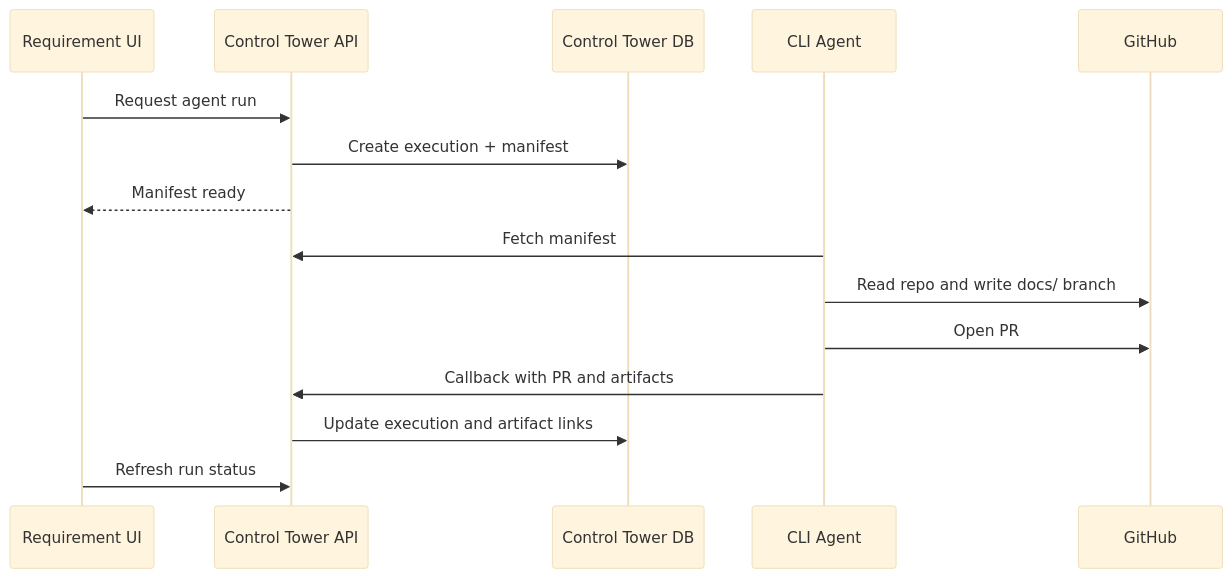
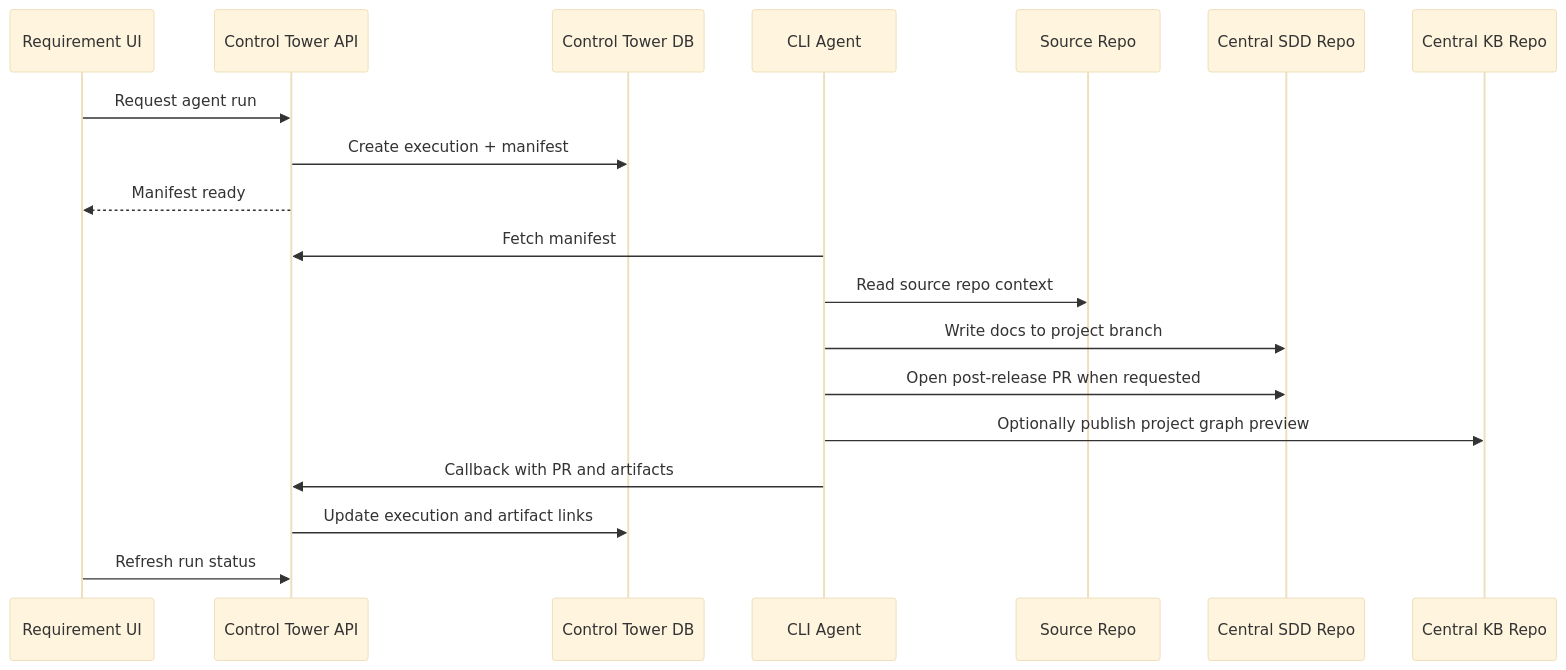
Before and after one commit to wwa-lab/Agentic-SDLC-Control-Tower: the fourth of 4 diagrams in docs/04-architecture/requirement-control-plane-architecture.md, drawn with Mermaid (base theme). The commit also changed other lines of this file and 15 other files, not shown here.

````diff
--- a/docs/04-architecture/requirement-control-plane-architecture.md
+++ b/docs/04-architecture/requirement-control-plane-architecture.md
@@ -160,18 +186,22 @@
 ```mermaid
 sequenceDiagram
     participant UI as Requirement UI
     participant API as Control Tower API
     participant DB as Control Tower DB
     participant Agent as CLI Agent
-    participant GH as GitHub
+    participant SRC as Source Repo
+    participant SDD as Central SDD Repo
+    participant KB as Central KB Repo
 
     UI->>API: Request agent run
     API->>DB: Create execution + manifest
     API-->>UI: Manifest ready
     Agent->>API: Fetch manifest
-    Agent->>GH: Read repo and write docs/ branch
-    Agent->>GH: Open PR
+    Agent->>SRC: Read source repo context
+    Agent->>SDD: Write docs to project branch
+    Agent->>SDD: Open post-release PR when requested
+    Agent->>KB: Optionally publish project graph preview
     Agent->>API: Callback with PR and artifacts
     API->>DB: Update execution and artifact links
     UI->>API: Refresh run status
 ```
````
